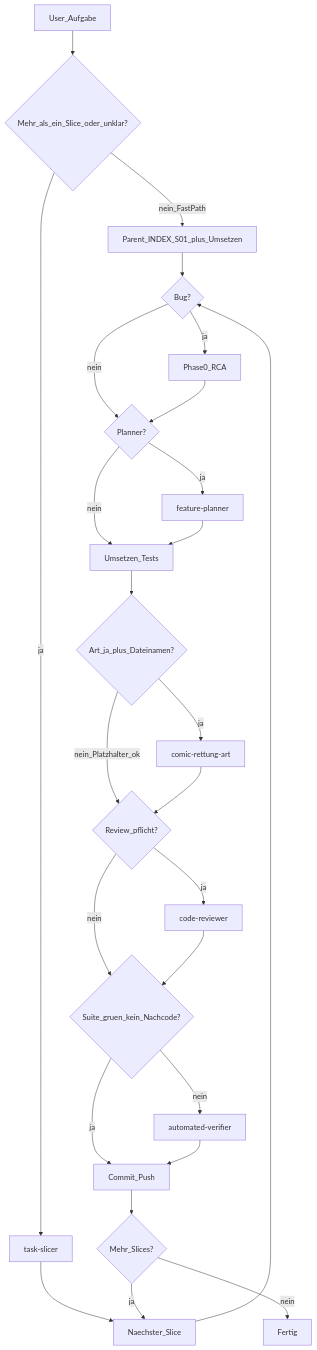
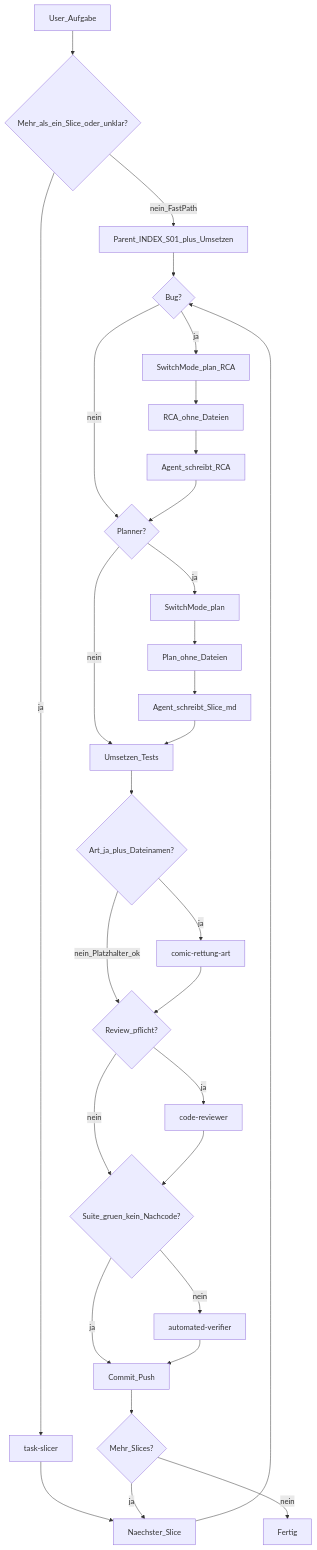
One commit to stefanObs/schreiblernspiel-2d-jump-1 changed the diagram in docs/ENTWICKLUNGSABLAUF.md. Above: the diagram before and after it, drawn with Mermaid. The commit also changed other lines of this file and 45 other files, not shown here.

````diff
--- a/docs/ENTWICKLUNGSABLAUF.md
+++ b/docs/ENTWICKLUNGSABLAUF.md
@@ -13,28 +13,32 @@
 ```mermaid
 flowchart TB
   Task[User_Aufgabe] --> Size{Mehr_als_ein_Slice_oder_unklar?}
   Size -->|nein_FastPath| Parent[Parent_INDEX_S01_plus_Umsetzen]
   Size -->|ja| Slicer[task-slicer]
   Slicer --> Next[Naechster_Slice]
   Parent --> Bug0{Bug?}
   Next --> Bug0
-  Bug0 -->|ja| RCA[Phase0_RCA]
+  Bug0 -->|ja| RcaMode[SwitchMode_plan_RCA]
   Bug0 -->|nein| PlanQ{Planner?}
-  RCA --> PlanQ
-  PlanQ -->|ja| Planner[feature-planner]
+  RcaMode --> RcaOut[RCA_ohne_Dateien]
+  RcaOut --> RcaWrite[Agent_schreibt_RCA]
+  RcaWrite --> PlanQ
+  PlanQ -->|ja| PlanMode[SwitchMode_plan]
   PlanQ -->|nein| Impl[Umsetzen_Tests]
-  Planner --> Impl
+  PlanMode --> PlanOut[Plan_ohne_Dateien]
+  PlanOut --> Write[Agent_schreibt_Slice_md]
+  Write --> Impl
   Impl --> ArtQ{Art_ja_plus_Dateinamen?}
   ArtQ -->|ja| Art[comic-rettung-art]
   ArtQ -->|nein_Platzhalter_ok| RevQ
   Art --> RevQ{Review_pflicht?}
   RevQ -->|ja| Review[code-reviewer]
   RevQ -->|nein| Green
   Review --> Green{Suite_gruen_kein_Nachcode?}
   Green -->|ja| Git[Commit_Push]
   Green -->|nein| Verify[automated-verifier]
   Verify --> Git
   Git --> More{Mehr_Slices?}
   More -->|ja| Next
   More -->|nein| Done[Fertig]
 ```
````
